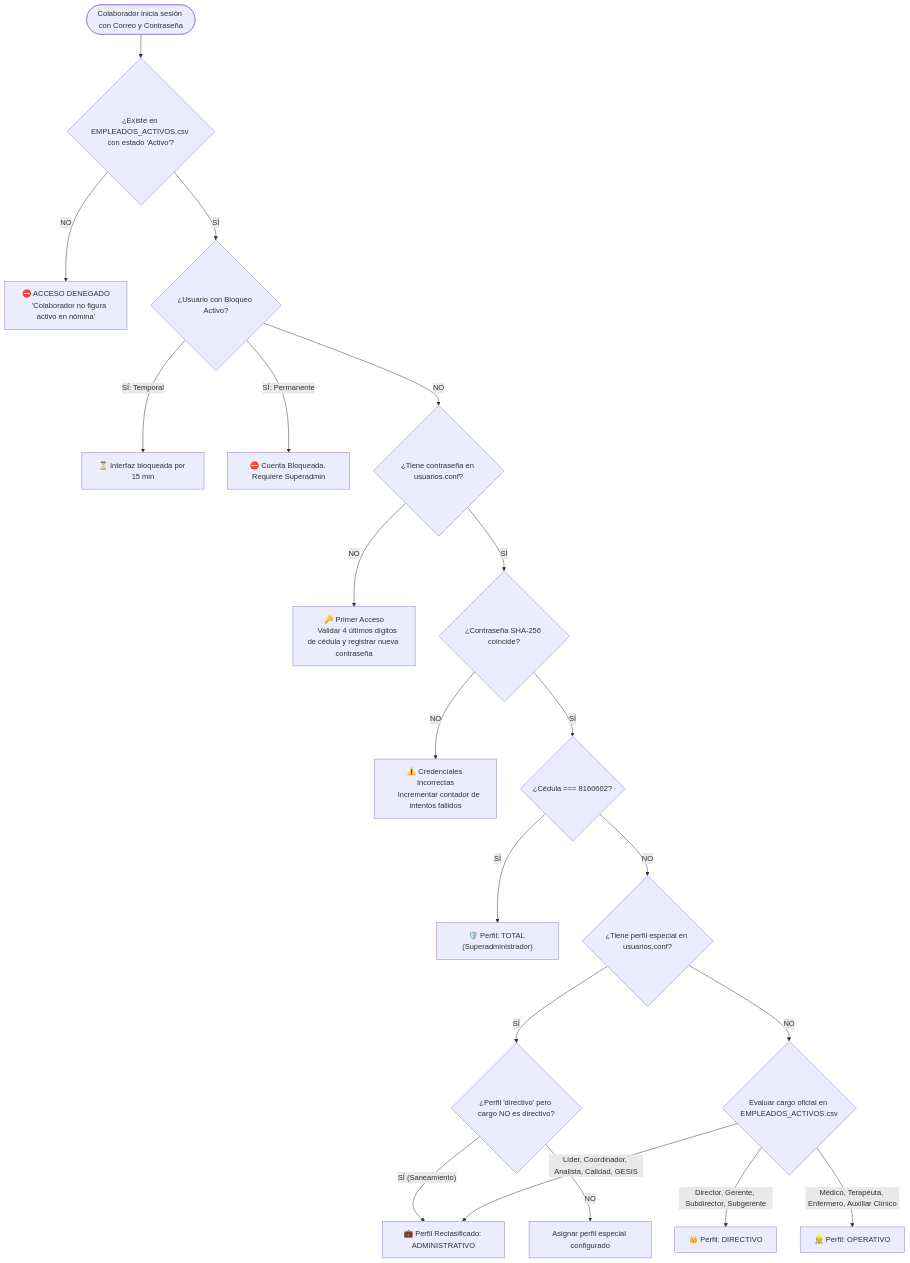
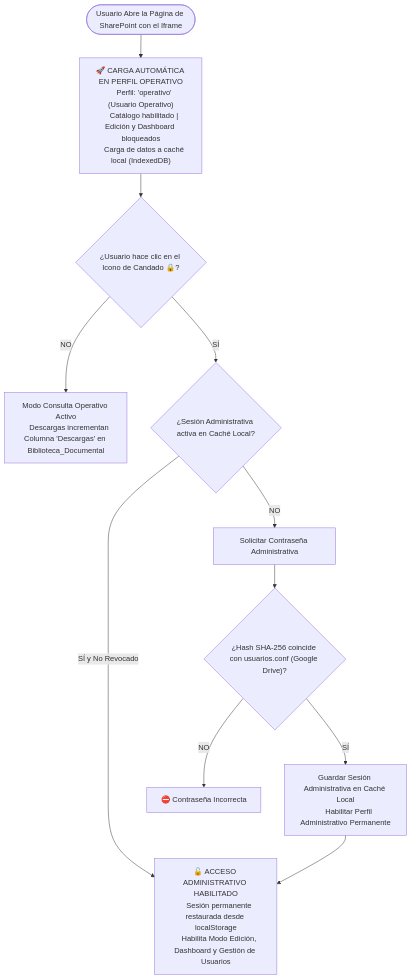
One commit to unionsaludvida2/gestiondocumental changed the fifth of 14 diagrams in reglas_de_negocio.md. Above: the diagram before and after it, drawn with Mermaid. The commit also changed other lines of this file and 12 other files, not shown here.

````diff
--- a/reglas_de_negocio.md
+++ b/reglas_de_negocio.md
@@ -335,33 +326,26 @@
 ```mermaid
 flowchart TD
-    IN(["Colaborador inicia sesión con Correo y Contraseña"]) --> V_EMP{"¿Existe en EMPLEADOS_ACTIVOS.csv con estado 'Activo'?"}
+    START(["Usuario Abre la Página de SharePoint con el Iframe"]) --> AUTO_OPE["🚀 CARGA AUTOMÁTICA EN PERFIL OPERATIVO
+    Perfil: 'operativo' (Usuario Operativo)
+    Catálogo habilitado | Edición y Dashboard bloqueados
+    Carga de datos a caché local (IndexedDB)"]
+
+    AUTO_OPE --> CLICK_LOCK{"¿Usuario hace clic en el Icono de Candado 🔒?"}
     
-    V_EMP -- NO --> DENY_EMP["⛔ ACCESO DENEGADO
-    'Colaborador no figura activo en nómina'"]
+    CLICK_LOCK -- NO --> MODO_CONSULTA["Modo Consulta Operativo Activo
+    Descargas incrementan Columna 'Descargas' en Biblioteca_Documental"]
     
-    V_EMP -- SÍ --> V_LOCK{"¿Usuario con Bloqueo Activo?"}
-    V_LOCK -- SÍ: Temporal --> ERR_TEMP["⏳ Interfaz bloqueada por 15 min"]
-    V_LOCK -- SÍ: Permanente --> ERR_PERM["⛔ Cuenta Bloqueada. Requiere Superadmin"]
+    CLICK_LOCK -- SÍ --> CHECK_CACHE{"¿Sesión Administrativa activa en Caché Local?"}
     
-    V_LOCK -- NO --> V_CONF{"¿Tiene contraseña en usuarios.conf?"}
+    CHECK_CACHE -- SÍ y No Revocado --> UNLOCK_ADMIN["🔓 ACCESO ADMINISTRATIVO HABILITADO
+    Sesión permanente restaurada desde localStorage
+    Habilita Modo Edición, Dashboard y Gestión de Usuarios"]
     
-    V_CONF -- NO --> FIRST_TIME["🔑 Primer Acceso
-    Validar 4 últimos dígitos de cédula y registrar nueva contraseña"]
+    CHECK_CACHE -- NO --> PROMPT_PASS["Solicitar Contraseña Administrativa"]
     
-    V_CONF -- SÍ --> CHECK_PWD{"¿Contraseña SHA-256 coincide?"}
-    CHECK_PWD -- NO --> ERR_FAIL["⚠️ Credenciales Incorrectas
-    Incrementar contador de intentos fallidos"]
+    PROMPT_PASS --> VALIDATE{"¿Hash SHA-256 coincide con usuarios.conf (Google Drive)?"}
     
-    CHECK_PWD -- SÍ --> CHECK_TOTAL{"¿Cédula === 8160602?"}
-    CHECK_TOTAL -- SÍ --> ROLE_TOTAL["🛡️ Perfil: TOTAL (Superadministrador)"]
-    
-    CHECK_TOTAL -- NO --> CHECK_CUSTOM{"¿Tiene perfil especial en usuarios.conf?"}
-    CHECK_CUSTOM -- SÍ --> CHECK_DIR_VALID{"¿Perfil 'directivo' pero cargo NO es directivo?"}
-    CHECK_DIR_VALID -- "SÍ (Saneamiento)" --> ROLE_ADM["💼 Perfil Reclasificado: ADMINISTRATIVO"]
-    CHECK_DIR_VALID -- NO --> ROLE_CUSTOM["Asignar perfil especial configurado"]
-    
-    CHECK_CUSTOM -- NO --> CHECK_CARGO{"Evaluar cargo oficial en EMPLEADOS_ACTIVOS.csv"}
-    CHECK_CARGO -- "Director, Gerente, Subdirector, Subgerente" --> ROLE_DIR["👑 Perfil: DIRECTIVO"]
-    CHECK_CARGO -- "Líder, Coordinador, Analista, Calidad, GESIS" --> ROLE_ADM
-    CHECK_CARGO -- "Médico, Terapeuta, Enfermero, Auxiliar Clínico" --> ROLE_OPE["👷 Perfil: OPERATIVO"]
+    VALIDATE -- NO --> DENY_PASS["⛔ Contraseña Incorrecta"]
+    VALIDATE -- SÍ --> PERSIST_ADMIN["Guardar Sesión Administrativa en Caché Local
+    Habilitar Perfil Administrativo Permanente"] --> UNLOCK_ADMIN
 ```
````
